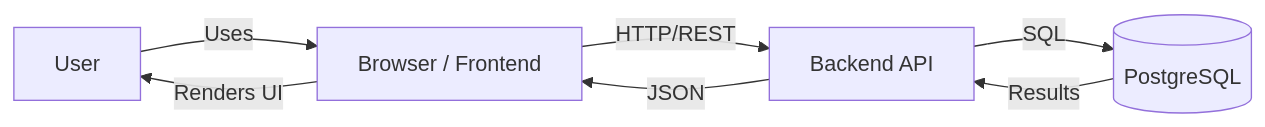
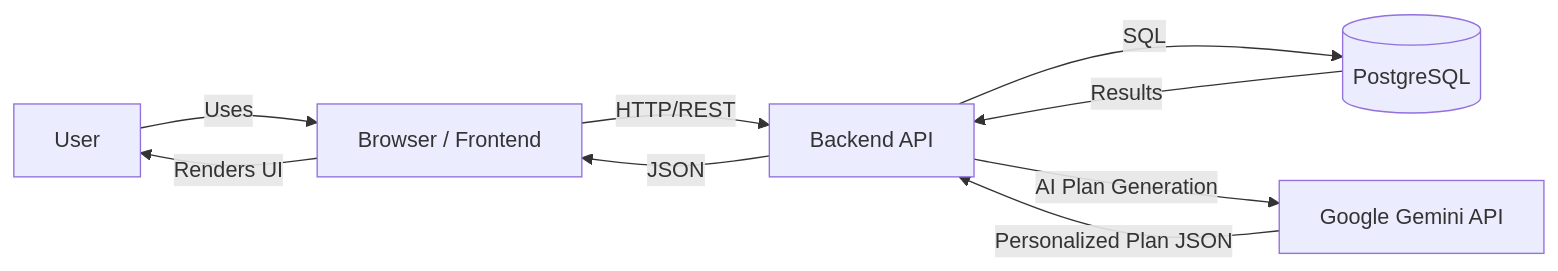
The diagram in README.md (jgoates1/home-path), drawn with Mermaid before and after one commit. The commit also changed other lines of this file, not shown here.

````diff
--- a/README.md
+++ b/README.md
@@ -38,14 +40,17 @@
 ```mermaid
 flowchart LR
   User[User]
   Browser[Browser / Frontend]
   API[Backend API]
   DB[(PostgreSQL)]
+  Gemini[Google Gemini API]
 
   User -->|"Uses"| Browser
   Browser -->|"HTTP/REST"| API
   API -->|"SQL"| DB
   DB -->|"Results"| API
+  API -->|"AI Plan Generation"| Gemini
+  Gemini -->|"Personalized Plan JSON"| API
   API -->|"JSON"| Browser
   Browser -->|"Renders UI"| User
 ```
````
